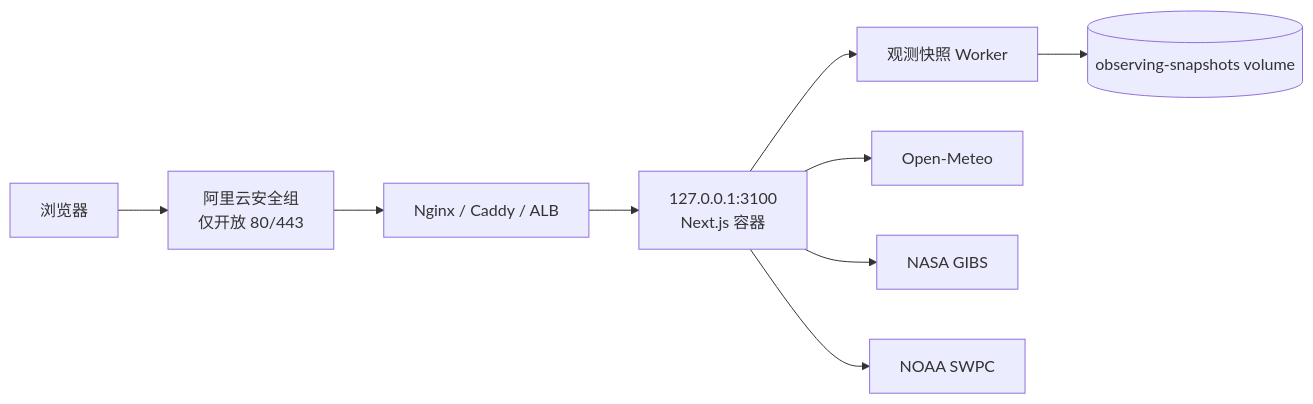
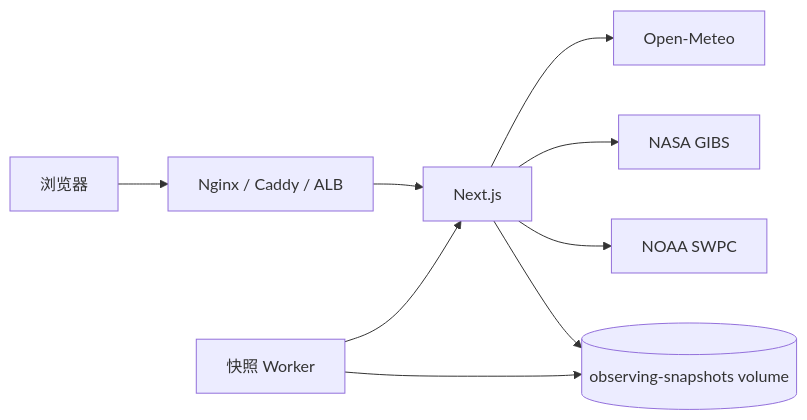
Before and after one commit to Jovifei/Star_photo_addr: the second of 2 diagrams in README.md, drawn with Mermaid. The commit also changed other lines of this file and 4 other files, not shown here.

````diff
--- a/README.md
+++ b/README.md
@@ -473,11 +337,11 @@
 ```mermaid
 flowchart LR
-    U[浏览器] --> SG[阿里云安全组<br/>仅开放 80/443]
-    SG --> N[Nginx / Caddy / ALB]
-    N --> A[127.0.0.1:3100<br/>Next.js 容器]
-    A --> W[观测快照 Worker]
+    U[浏览器] --> N[Nginx / Caddy / ALB]
+    N --> A[Next.js]
     A --> O[Open-Meteo]
     A --> G[NASA GIBS]
     A --> K[NOAA SWPC]
-    W --> V[(observing-snapshots volume)]
+    A --> V[(observing-snapshots volume)]
+    W[快照 Worker] --> A
+    W --> V
 ```
````
